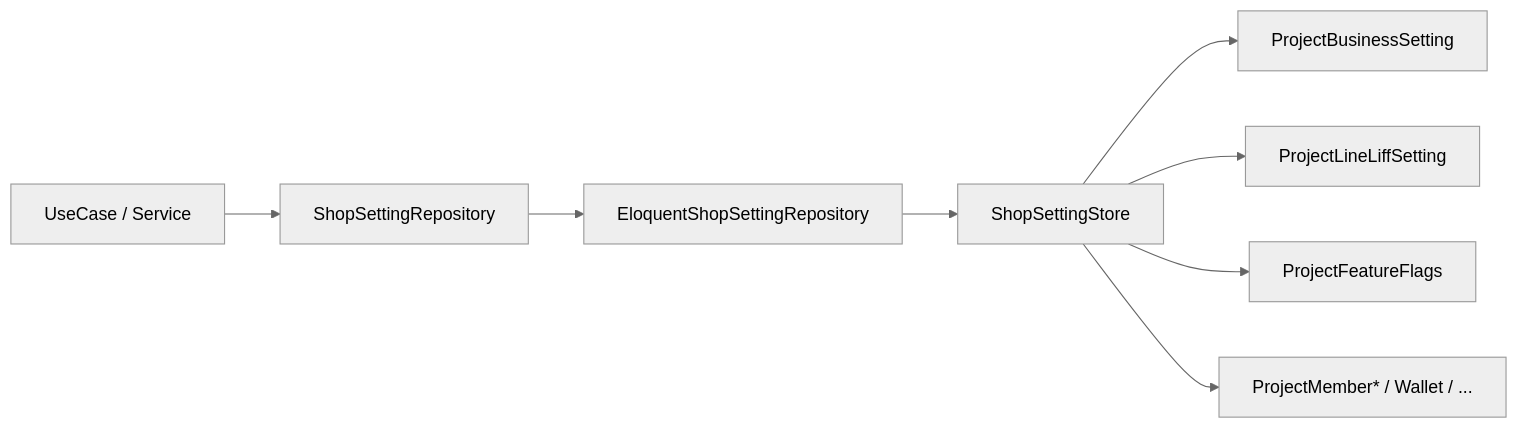
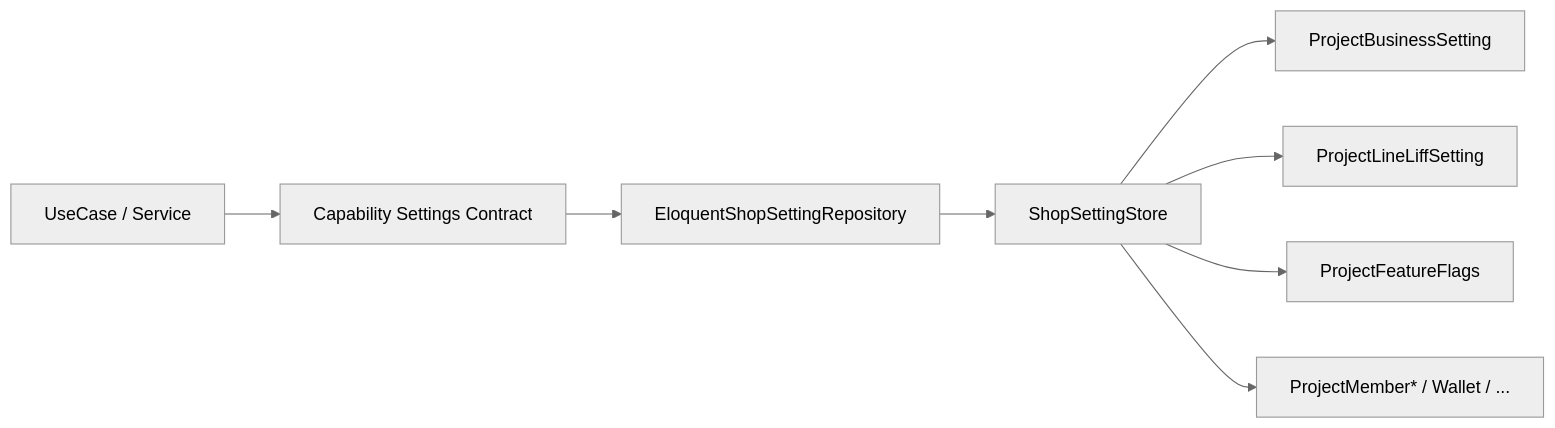
Before and after one commit to kosukesh34/Reggit: the seventh of 13 diagrams in docs/ARCHITECTURE.md, drawn with Mermaid (neutral theme). The commit also changed other lines of this file and 46 other files, not shown here.

Commit message:
refactor architecture boundaries and transactional safety

````diff
--- a/docs/ARCHITECTURE.md
+++ b/docs/ARCHITECTURE.md
@@ -286,10 +286,10 @@
 ```mermaid
 flowchart LR
-  UC[UseCase / Service] --> IF[ShopSettingRepository]
+  UC[UseCase / Service] --> IF[Capability Settings Contract]
   IF --> Impl[EloquentShopSettingRepository]
   Impl --> Store[ShopSettingStore]
   Store --> T1[ProjectBusinessSetting]
   Store --> T2[ProjectLineLiffSetting]
   Store --> T3[ProjectFeatureFlags]
   Store --> T4[ProjectMember* / Wallet / ...]
 ```
````
